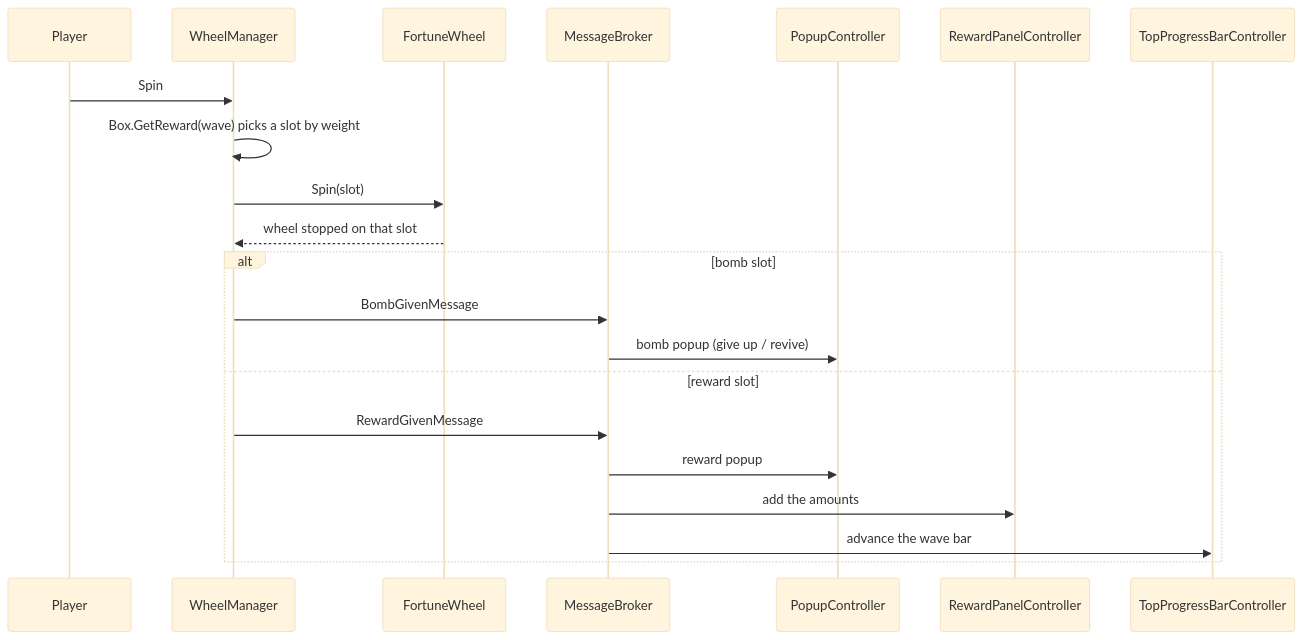
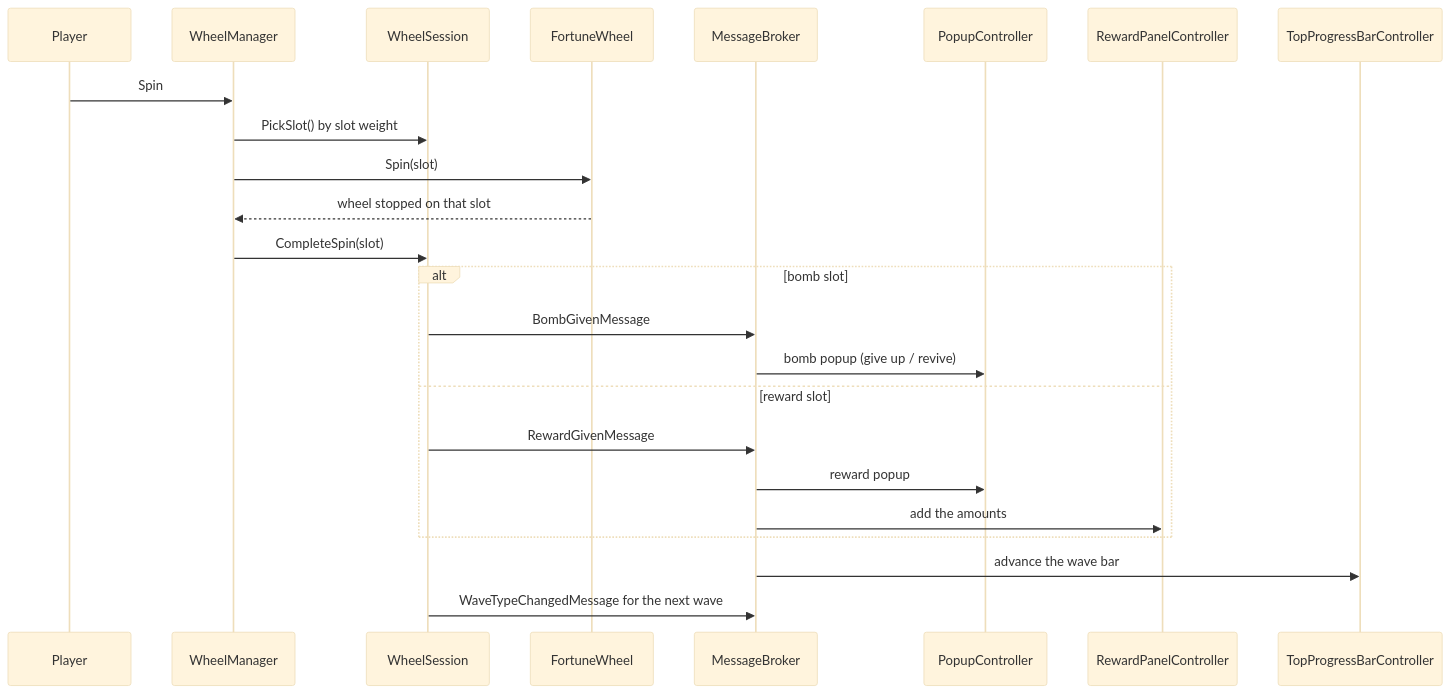
One commit to furkantokkan/Furkan-Tokkan-Vertigo changed the second of 2 diagrams in README.md. Above: the diagram before and after it, drawn with Mermaid (base theme). The commit also changed other lines of this file, not shown here.

````diff
--- a/README.md
+++ b/README.md
@@ -89,20 +87,23 @@
 ```mermaid
 sequenceDiagram
     participant Player
     participant WheelManager
+    participant WheelSession
     participant FortuneWheel
     participant Broker as MessageBroker
     Player->>WheelManager: Spin
-    WheelManager->>WheelManager: Box.GetReward(wave) picks a slot by weight
+    WheelManager->>WheelSession: PickSlot() by slot weight
     WheelManager->>FortuneWheel: Spin(slot)
     FortuneWheel-->>WheelManager: wheel stopped on that slot
+    WheelManager->>WheelSession: CompleteSpin(slot)
     alt bomb slot
-        WheelManager->>Broker: BombGivenMessage
+        WheelSession->>Broker: BombGivenMessage
         Broker->>PopupController: bomb popup (give up / revive)
     else reward slot
-        WheelManager->>Broker: RewardGivenMessage
+        WheelSession->>Broker: RewardGivenMessage
         Broker->>PopupController: reward popup
         Broker->>RewardPanelController: add the amounts
-        Broker->>TopProgressBarController: advance the wave bar
     end
+    Broker->>TopProgressBarController: advance the wave bar
+    WheelSession->>Broker: WaveTypeChangedMessage for the next wave
 ```
````
